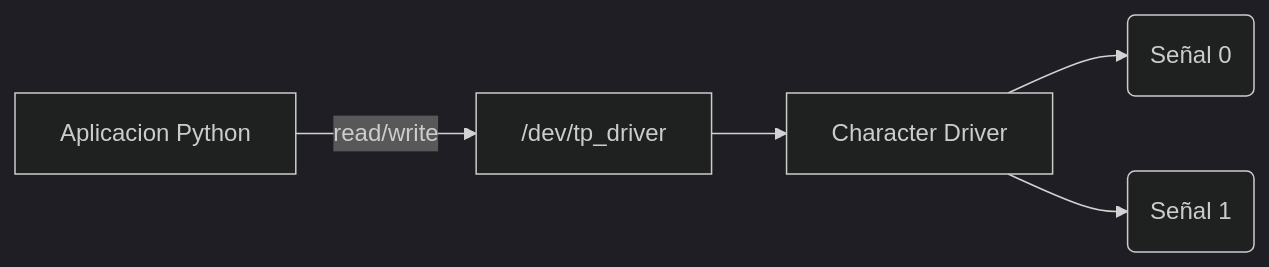
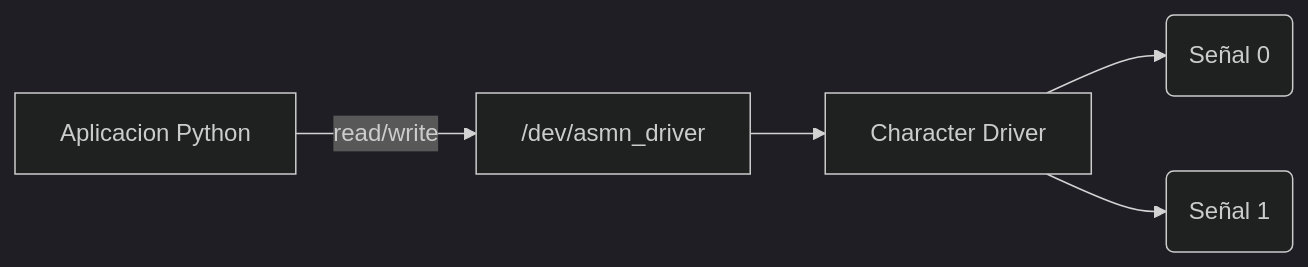
One commit to agus-alvarez-01/SDC-asm-noobs changed the diagram in TP_5/informe.md. Above: the diagram before and after it, drawn with Mermaid (dark theme). The commit also changed other lines of this file and 2 other files, not shown here.

````diff
--- a/TP_5/informe.md
+++ b/TP_5/informe.md
@@ -52,7 +52,7 @@
 ```mermaid
 flowchart LR
-    App["Aplicacion Python"] -- "read/write" --> Dev["/dev/tp_driver"]
+    App["Aplicacion Python"] -- "read/write" --> Dev["/dev/asmn_driver"]
     Dev --> Driver["Character Driver"]
     Driver --> S0("Señal 0")
     Driver --> S1("Señal 1")
 ```
````
